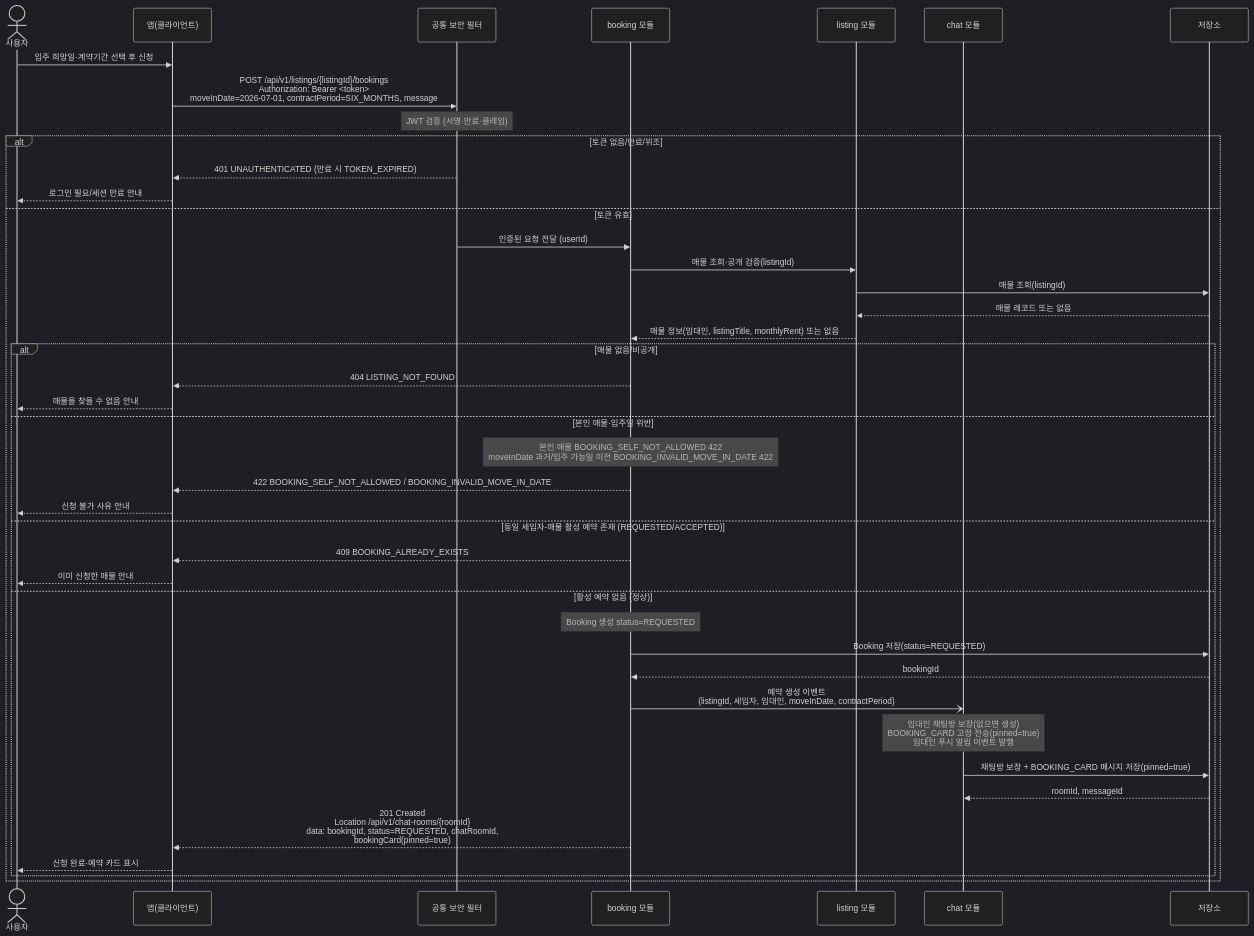
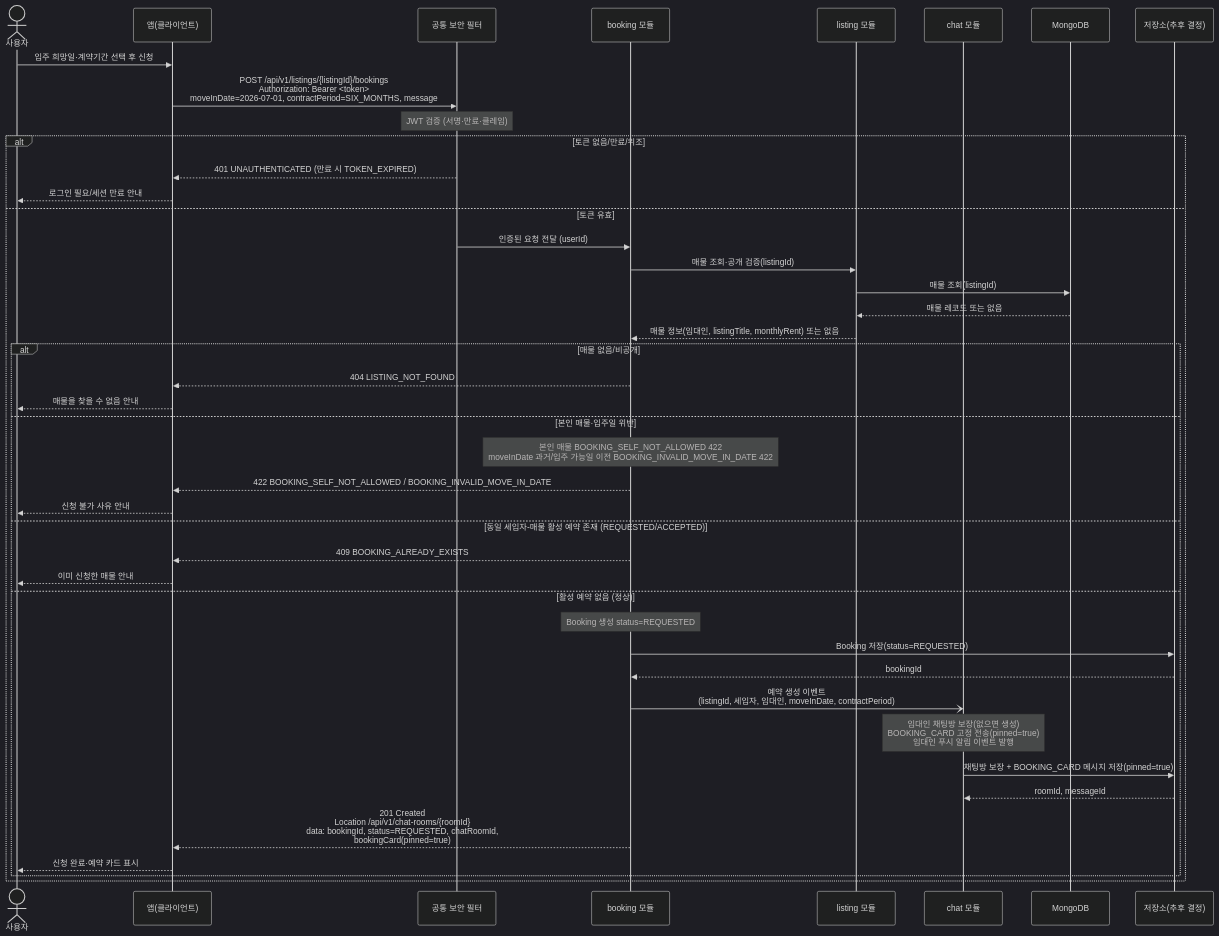
Before and after one commit to jameskim9509/Kohere-backend: the diagram in docs/architecture/sequence-diagrams/04-booking-inquiry-chat/us-4-1-booking-create.md, drawn with Mermaid (dark theme). The commit also changed other lines of this file and 28 other files, not shown here.

First line of the commit message:
docs(architecture): 시퀀스 다이어그램에 폴리글랏 저장소 반영 (#24)

````diff
--- a/docs/architecture/sequence-diagrams/04-booking-inquiry-chat/us-4-1-booking-create.md
+++ b/docs/architecture/sequence-diagrams/04-booking-inquiry-chat/us-4-1-booking-create.md
@@ -5,47 +5,48 @@
 ```mermaid
 sequenceDiagram
     actor U as 사용자
     participant C as 앱(클라이언트)
     participant SEC as 공통 보안 필터
     participant BOOK as booking 모듈
     participant LIST as listing 모듈
     participant CHAT as chat 모듈
-    participant DB as 저장소
+    participant MDB as MongoDB
+    participant XDB as 저장소(추후 결정)
 
     U->>C: 입주 희망일·계약기간 선택 후 신청
     C->>SEC: POST /api/v1/listings/{listingId}/bookings<br/>Authorization: Bearer <token><br/>moveInDate=2026-07-01, contractPeriod=SIX_MONTHS, message
     Note over SEC: JWT 검증 (서명·만료·클레임)
 
     alt 토큰 없음/만료/위조
         SEC-->>C: 401 UNAUTHENTICATED (만료 시 TOKEN_EXPIRED)
         C-->>U: 로그인 필요/세션 만료 안내
     else 토큰 유효
         SEC->>BOOK: 인증된 요청 전달 (userId)
         BOOK->>LIST: 매물 조회·공개 검증(listingId)
-        LIST->>DB: 매물 조회(listingId)
-        DB-->>LIST: 매물 레코드 또는 없음
+        LIST->>MDB: 매물 조회(listingId)
+        MDB-->>LIST: 매물 레코드 또는 없음
         LIST-->>BOOK: 매물 정보(임대인, listingTitle, monthlyRent) 또는 없음
 
         alt 매물 없음/비공개
             BOOK-->>C: 404 LISTING_NOT_FOUND
             C-->>U: 매물을 찾을 수 없음 안내
         else 본인 매물·입주일 위반
             Note over BOOK: 본인 매물 BOOKING_SELF_NOT_ALLOWED 422<br/>moveInDate 과거/입주 가능일 이전 BOOKING_INVALID_MOVE_IN_DATE 422
             BOOK-->>C: 422 BOOKING_SELF_NOT_ALLOWED / BOOKING_INVALID_MOVE_IN_DATE
             C-->>U: 신청 불가 사유 안내
         else 동일 세입자-매물 활성 예약 존재 (REQUESTED/ACCEPTED)
             BOOK-->>C: 409 BOOKING_ALREADY_EXISTS
             C-->>U: 이미 신청한 매물 안내
         else 활성 예약 없음 (정상)
             Note over BOOK: Booking 생성 status=REQUESTED
-            BOOK->>DB: Booking 저장(status=REQUESTED)
-            DB-->>BOOK: bookingId
+            BOOK->>XDB: Booking 저장(status=REQUESTED)
+            XDB-->>BOOK: bookingId
             BOOK-)CHAT: 예약 생성 이벤트<br/>(listingId, 세입자, 임대인, moveInDate, contractPeriod)
             Note over CHAT: 임대인 채팅방 보장(없으면 생성)<br/>BOOKING_CARD 고정 전송(pinned=true)<br/>임대인 푸시 알림 이벤트 발행
-            CHAT->>DB: 채팅방 보장 + BOOKING_CARD 메시지 저장(pinned=true)
-            DB-->>CHAT: roomId, messageId
+            CHAT->>XDB: 채팅방 보장 + BOOKING_CARD 메시지 저장(pinned=true)
+            XDB-->>CHAT: roomId, messageId
             BOOK-->>C: 201 Created<br/>Location /api/v1/chat-rooms/{roomId}<br/>data: bookingId, status=REQUESTED, chatRoomId,<br/>bookingCard(pinned=true)
             C-->>U: 신청 완료·예약 카드 표시
         end
     end
 ```
````
